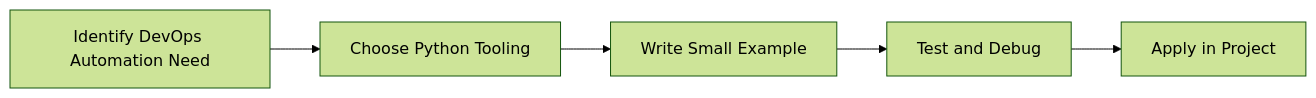
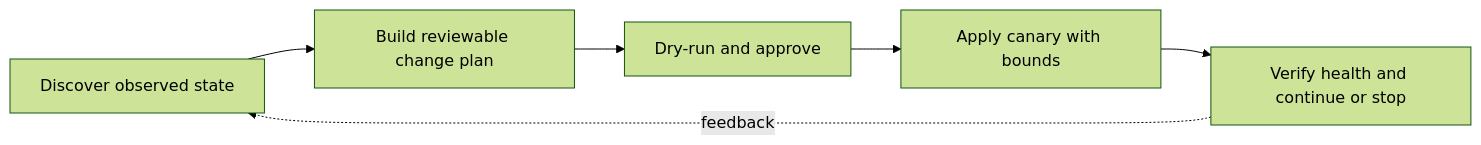
The diagram in Python-Mastery/Advanced/37-devops-automation.md (SYMOIZ/E-Learning-Portal), drawn with Mermaid (forest theme) before and after one commit. The commit also changed other lines of this file and 116 other files, not shown here.

````diff
--- a/Python-Mastery/Advanced/37-devops-automation.md
+++ b/Python-Mastery/Advanced/37-devops-automation.md
@@ -146,7 +165,8 @@
 ```mermaid
 flowchart LR
-    A[Identify DevOps Automation Need] --> B[Choose Python Tooling]
-    B --> C[Write Small Example]
-    C --> D[Test and Debug]
-    D --> E[Apply in Project]
+    A[Discover observed state] --> B[Build reviewable change plan]
+    B --> C[Dry-run and approve]
+    C --> D[Apply canary with bounds]
+    D --> E[Verify health and continue or stop]
+    E -. feedback .-> A
 ```
````
